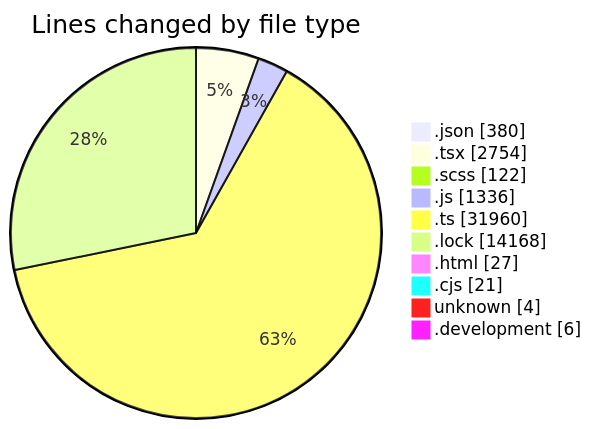
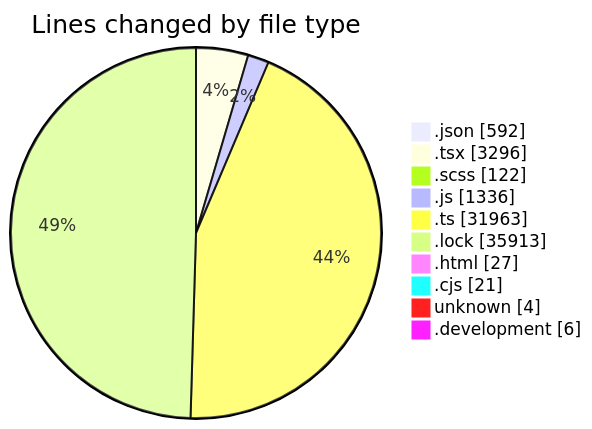
Before and after one commit to momahboobian/code-tracking: the first of 2 diagrams in 2026-09-03/cda/README.md, drawn with Mermaid. The commit also changed other lines of this file and 1 other file, not shown here.

````diff
--- a/2026-09-03/cda/README.md
+++ b/2026-09-03/cda/README.md
@@ -64,14 +67,14 @@
 ```mermaid
 pie showData
 title Lines changed by file type
-".json" : 380
-".tsx" : 2754
+".json" : 592
+".tsx" : 3296
 ".scss" : 122
 ".js" : 1336
-".ts" : 31960
-".lock" : 14168
+".ts" : 31963
+".lock" : 35913
 ".html" : 27
 ".cjs" : 21
 "unknown" : 4
 ".development" : 6
 ```
````
